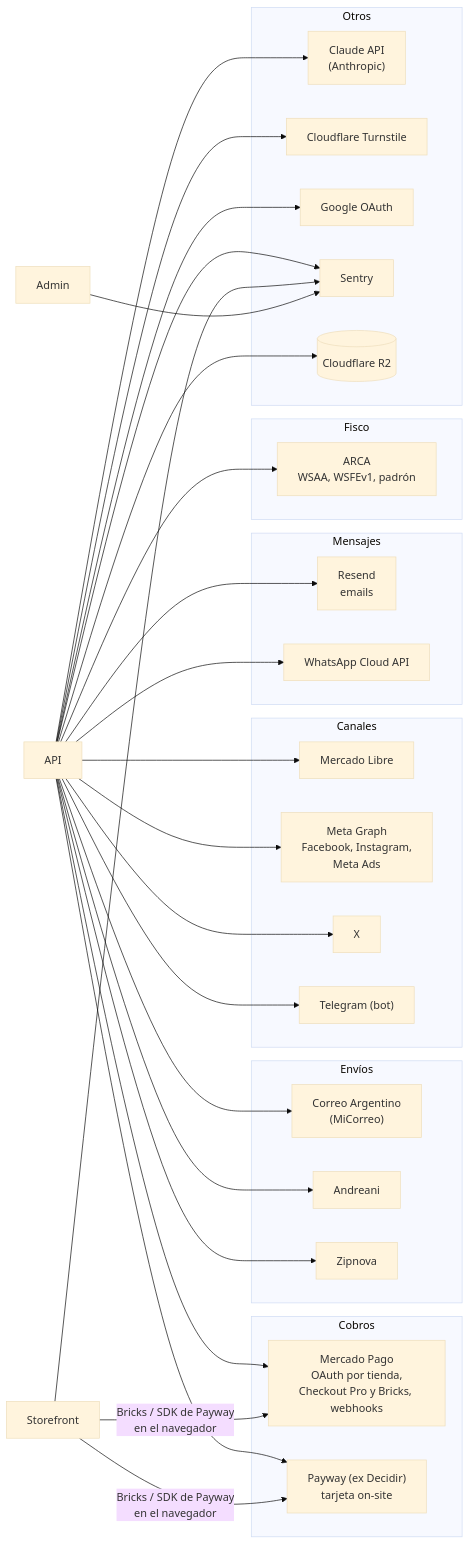
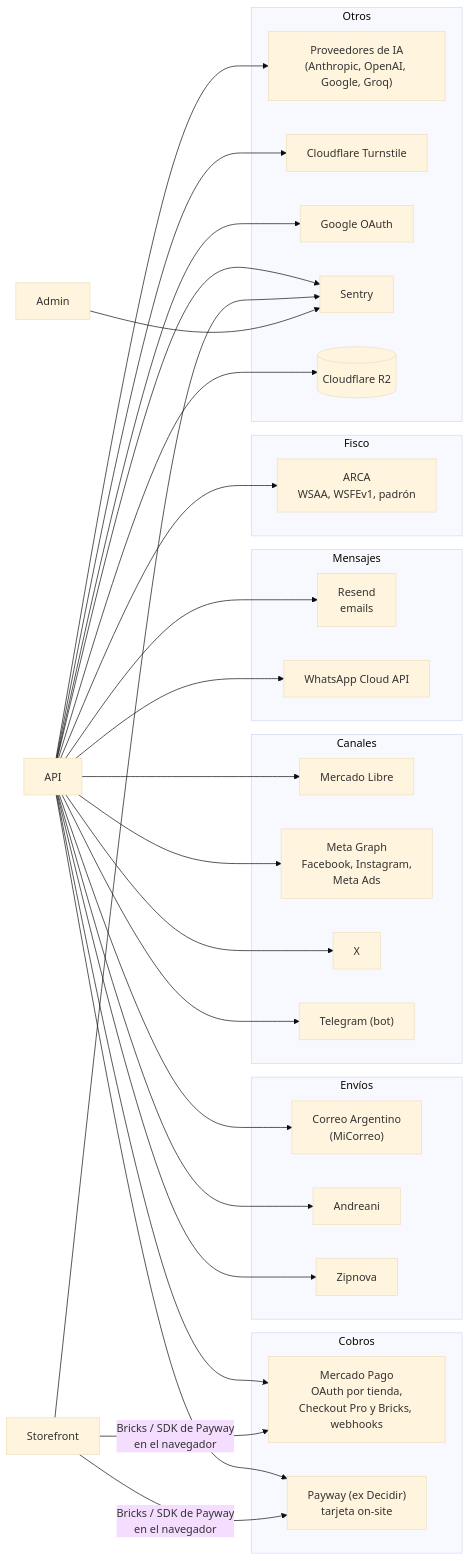
Before and after one commit to alanshalem/tiendafy: the third of 5 diagrams in docs/arquitectura.md, drawn with Mermaid (base theme). The commit also changed 12 other files, not shown here.

````diff
--- a/docs/arquitectura.md
+++ b/docs/arquitectura.md
@@ -171,42 +171,42 @@
 ```mermaid
 flowchart LR
     API["API"]
     SF["Storefront"]
     AD["Admin"]
 
     subgraph Cobros
         MP["Mercado Pago<br/>OAuth por tienda,<br/>Checkout Pro y Bricks, webhooks"]
         PW["Payway (ex Decidir)<br/>tarjeta on-site"]
     end
     subgraph Envios["Envíos"]
         CA["Correo Argentino<br/>(MiCorreo)"]
         AN["Andreani"]
         ZN["Zipnova"]
     end
     subgraph Canales
         ML["Mercado Libre"]
         META["Meta Graph<br/>Facebook, Instagram,<br/>Meta Ads"]
         X["X"]
         TG["Telegram (bot)"]
     end
     subgraph Mensajeria["Mensajes"]
         RS["Resend<br/>emails"]
         WA["WhatsApp Cloud API"]
     end
     subgraph Fisco
         ARCA["ARCA<br/>WSAA, WSFEv1, padrón"]
     end
     subgraph Otros
-        AI["Claude API<br/>(Anthropic)"]
+        AI["Proveedores de IA<br/>(Anthropic, OpenAI, Google, Groq)"]
         TS["Cloudflare Turnstile"]
         GO["Google OAuth"]
         SE["Sentry"]
         R2[("Cloudflare R2")]
     end
 
     API --> MP & PW & CA & AN & ZN & ML & META & X & TG & RS & WA & ARCA & AI & TS & GO & R2
     API --> SE
     SF --> SE
     AD --> SE
     SF -->|"Bricks / SDK de Payway<br/>en el navegador"| MP & PW
 ```
````
